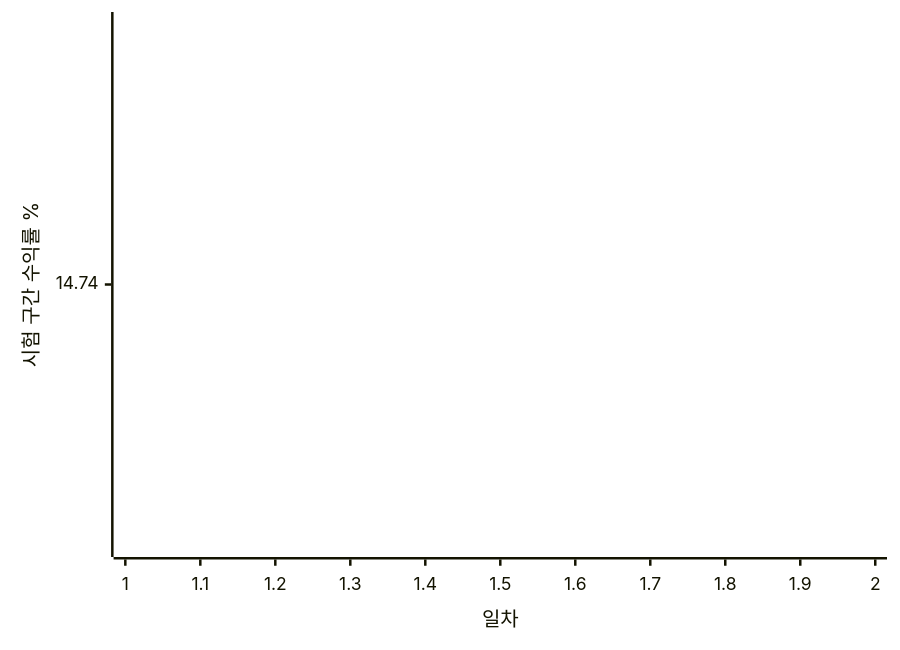
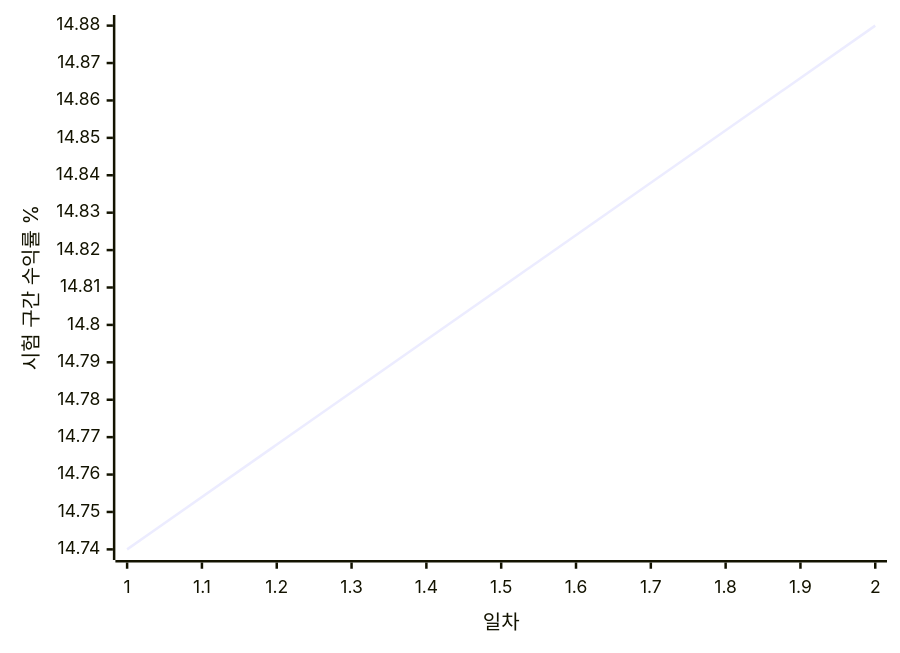
Before and after one commit to ksuin39/24h_bot: the second of 2 diagrams in evolution/README.md, drawn with Mermaid. The commit also changed other lines of this file and 3 other files, not shown here.

````diff
--- a/evolution/README.md
+++ b/evolution/README.md
@@ -29,6 +32,6 @@
 ```mermaid
 xychart-beta
     x-axis "일차" 1 --> 2
     y-axis "시험 구간 수익률 %"
-    line [14.74]
+    line [14.74, 14.88]
 ```
````
